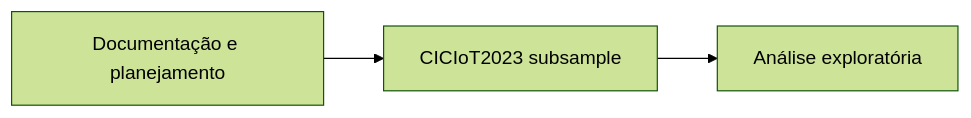
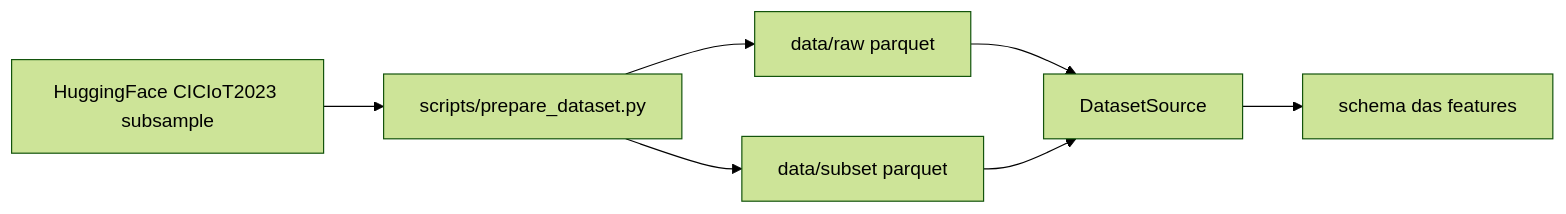
Before and after one commit to g-tavares14/netguard-ml: the first of 2 diagrams in README.md, drawn with Mermaid (forest theme). The commit also changed other lines of this file and 7 other files, not shown here.

````diff
--- a/README.md
+++ b/README.md
@@ -26,5 +28,9 @@
 ```mermaid
 flowchart LR
-    DOC[Documentação e planejamento] --> DATA[CICIoT2023 subsample]
-    DATA --> EDA[Análise exploratória]
+    HF[HuggingFace CICIoT2023 subsample] --> PREP[scripts/prepare_dataset.py]
+    PREP --> RAW[data/raw parquet]
+    PREP --> SUB[data/subset parquet]
+    RAW --> LOAD[DatasetSource]
+    SUB --> LOAD
+    LOAD --> SCHEMA[schema das features]
 ```
````
